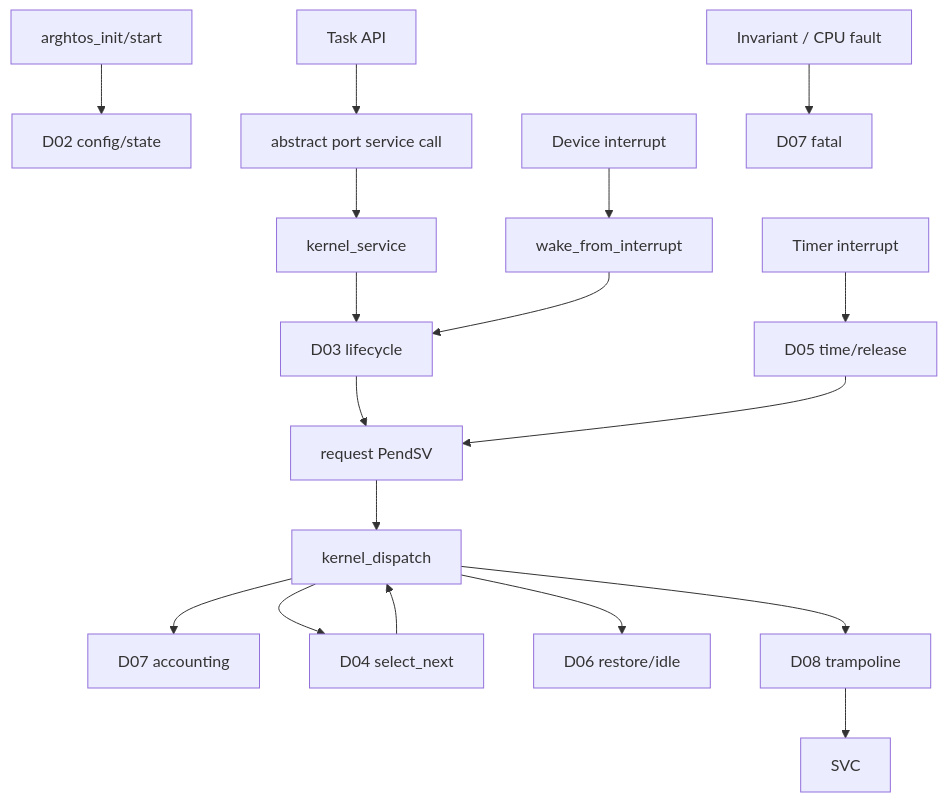
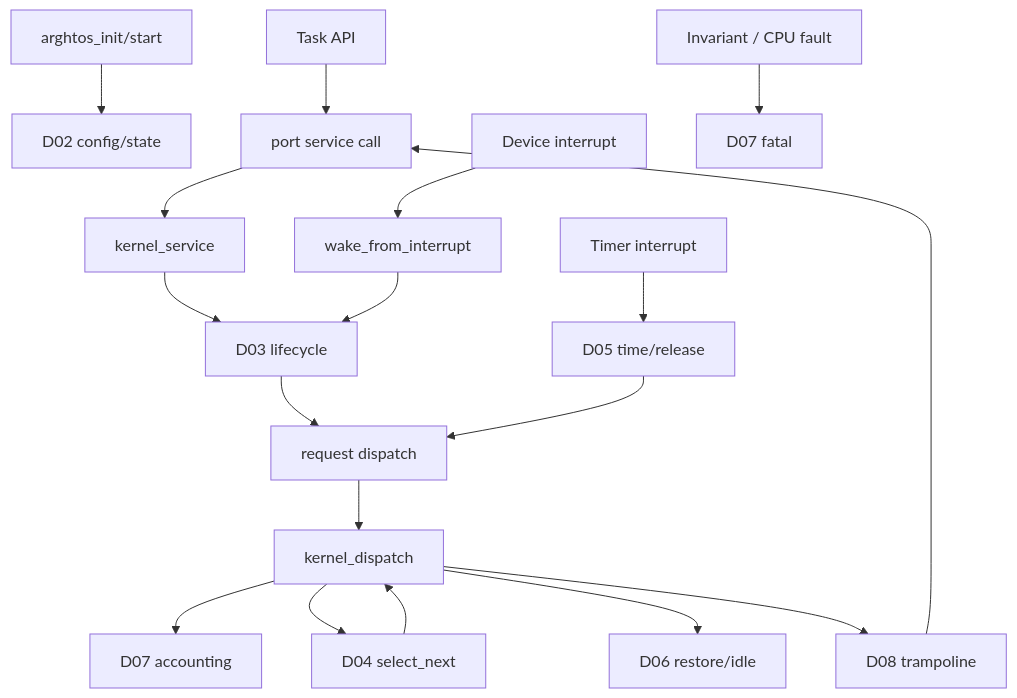
One commit to tumblewhead/arghtos changed the diagram in design-elements/D09-kernel-integration.md. Above: the diagram before and after it, drawn with Mermaid. The commit also changed other lines of this file, not shown here.

Commit message:
Remove Cortex-specific dispatch/service terminology from portable kernel design

````diff
--- a/design-elements/D09-kernel-integration.md
+++ b/design-elements/D09-kernel-integration.md
@@ -229,27 +229,27 @@
 ```mermaid
 flowchart TB
   INIT["arghtos_init/start"] --> D02["D02 config/state"]
 
   TASK["Task API"] --> PCALL["abstract port service call"]
   PCALL --> KS["kernel_service"]
   KS --> D03["D03 lifecycle"]
 
   IRQ["Device interrupt"] --> WAKE["wake_from_interrupt"]
   WAKE --> D03
 
   TIMER["Timer interrupt"] --> D05["D05 time/release"]
 
-  D03 --> PEND["request PendSV"]
+  D03 --> PEND["request dispatch"]
   D05 --> PEND
 
   PEND --> DISP["kernel_dispatch"]
   DISP --> ACC["D07 accounting"]
   DISP --> POL["D04 select_next"]
   POL --> DISP
   DISP --> D06["D06 restore/idle"]
 
-  TR["D08 trampoline"] --> SVC
+  TR["D08 trampoline"] --> PCALL["port service call"]
   DISP --> TR
 
   FAULT["Invariant / CPU fault"] --> D07["D07 fatal"]
 ```
````
